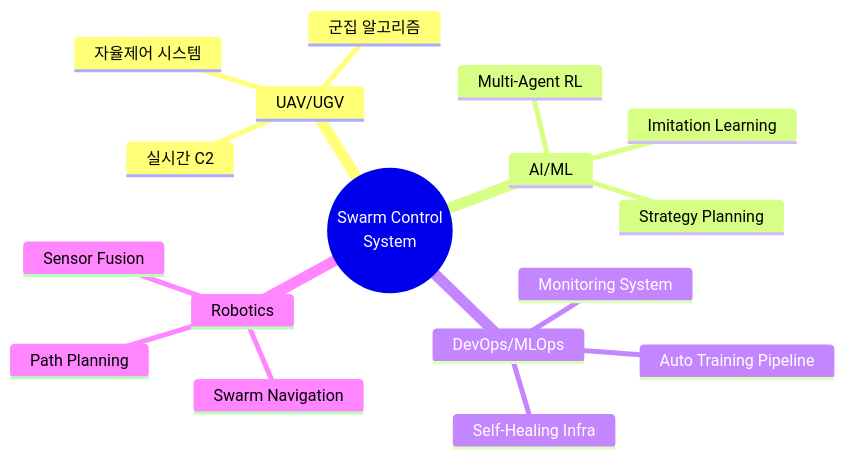
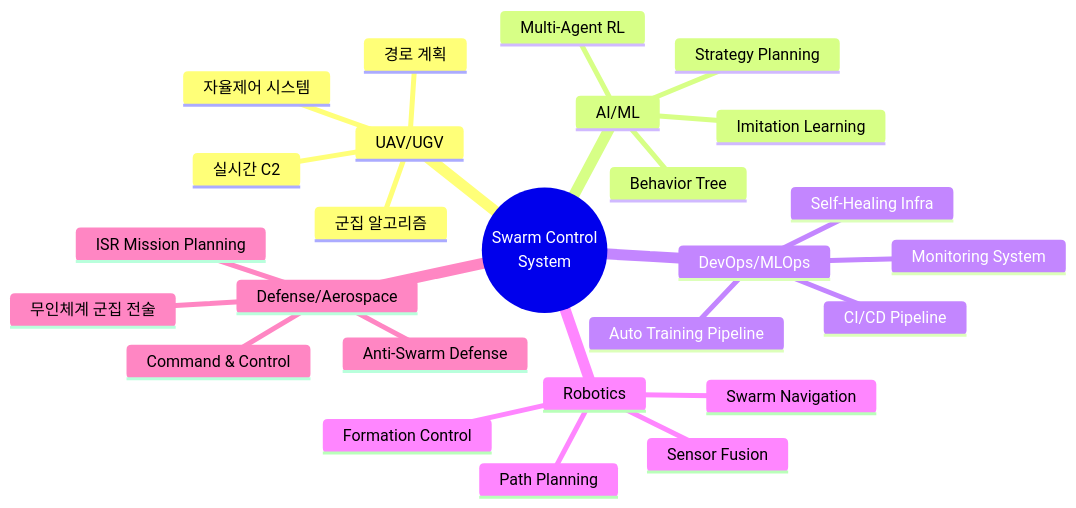
Before and after one commit to sun475300-sudo/Swarm-control-in-sc2bot: diagram 27 of 29 in README.md, drawn with Mermaid. The commit also changed other lines of this file and 9 other files, not shown here.

````diff
--- a/README.md
+++ b/README.md
@@ -441,20 +770,29 @@
 ```mermaid
 mindmap
   root((Swarm Control<br/>System))
     UAV/UGV
       자율제어 시스템
       군집 알고리즘
       실시간 C2
+      경로 계획
     AI/ML
       Multi-Agent RL
       Imitation Learning
       Strategy Planning
+      Behavior Tree
     DevOps/MLOps
       Self-Healing Infra
       Auto Training Pipeline
       Monitoring System
+      CI/CD Pipeline
     Robotics
       Swarm Navigation
       Sensor Fusion
       Path Planning
+      Formation Control
+    Defense/Aerospace
+      무인체계 군집 전술
+      ISR Mission Planning
+      Command & Control
+      Anti-Swarm Defense
 ```
````
